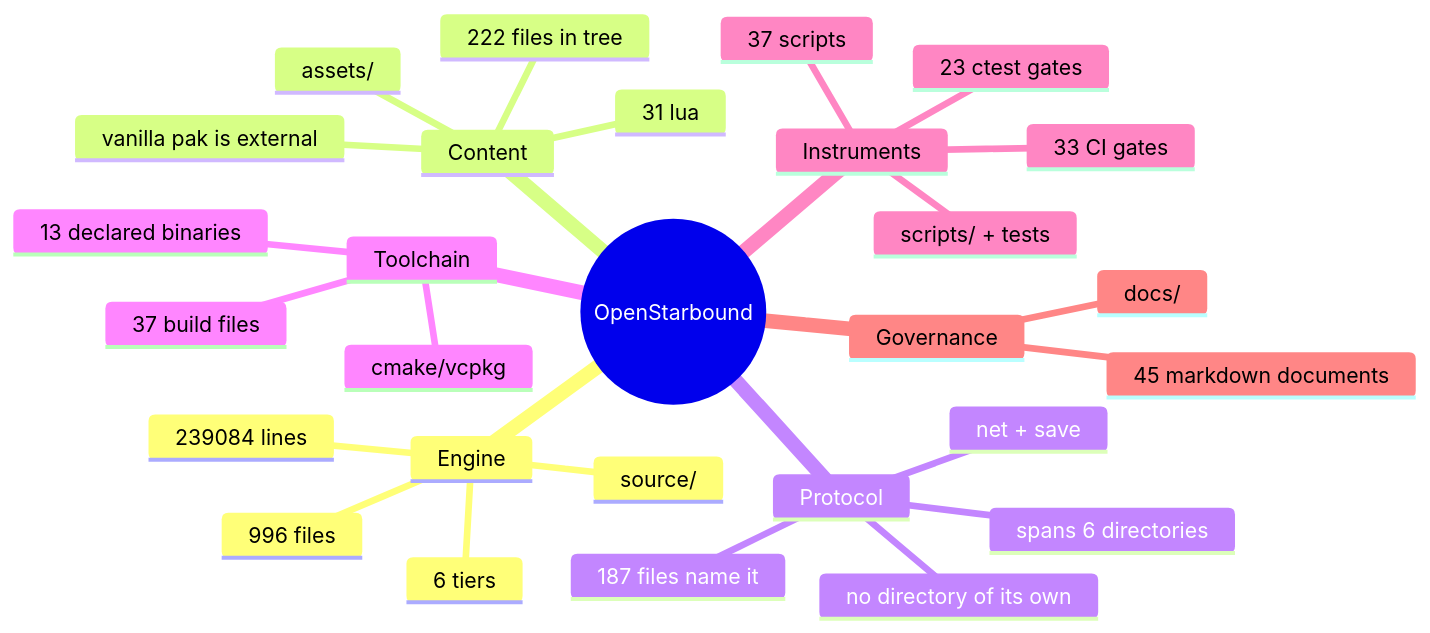
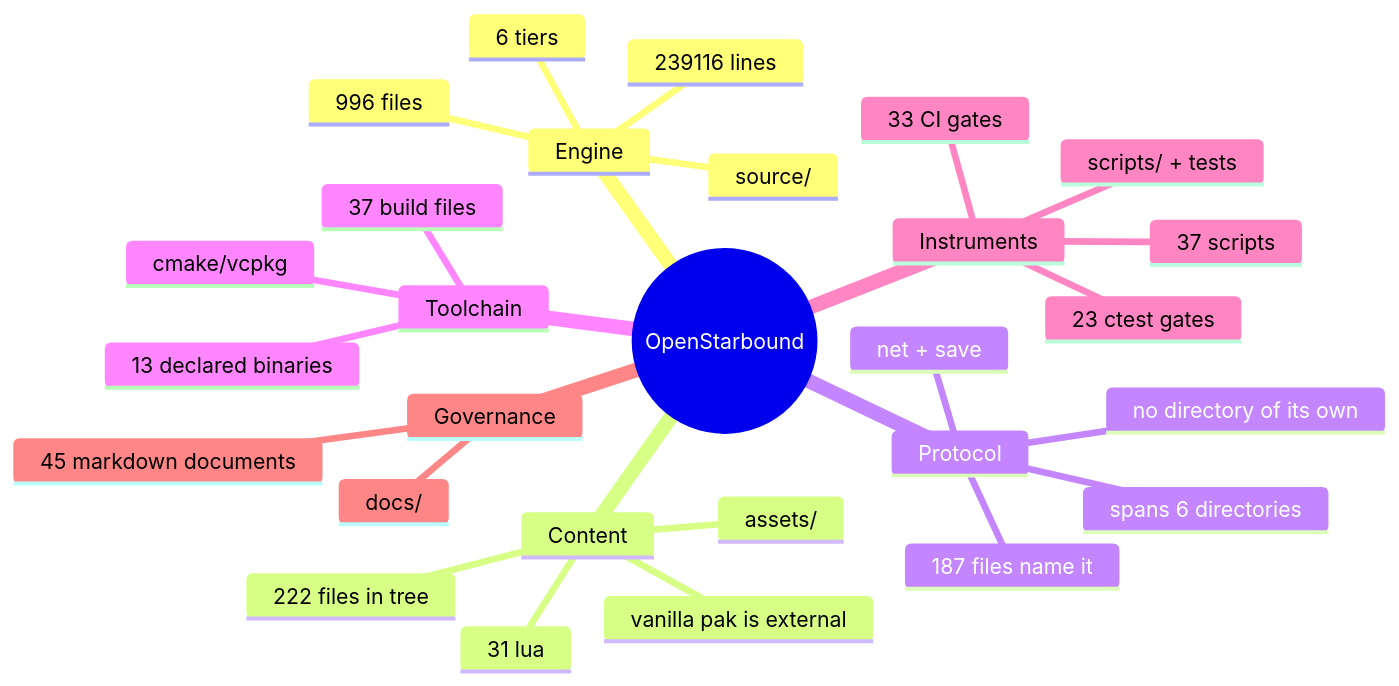
The second of 11 diagrams in docs/architecture/system-boundaries.md (apnex/OpenStarbound), drawn with Mermaid before and after one commit. The commit also changed other lines of this file and 3 other files, not shown here.

````diff
--- a/docs/architecture/system-boundaries.md
+++ b/docs/architecture/system-boundaries.md
@@ -166,31 +166,31 @@
 ```mermaid
 mindmap
   root((OpenStarbound))
     Engine
       source/
       996 files
-      239084 lines
+      239116 lines
       6 tiers
     Content
       assets/
       222 files in tree
       31 lua
       vanilla pak is external
     Protocol
       net + save
       187 files name it
       spans 6 directories
       no directory of its own
     Toolchain
       cmake/vcpkg
       37 build files
       13 declared binaries
     Instruments
       scripts/ + tests
       37 scripts
       23 ctest gates
       33 CI gates
     Governance
       docs/
       45 markdown documents
 ```
````
